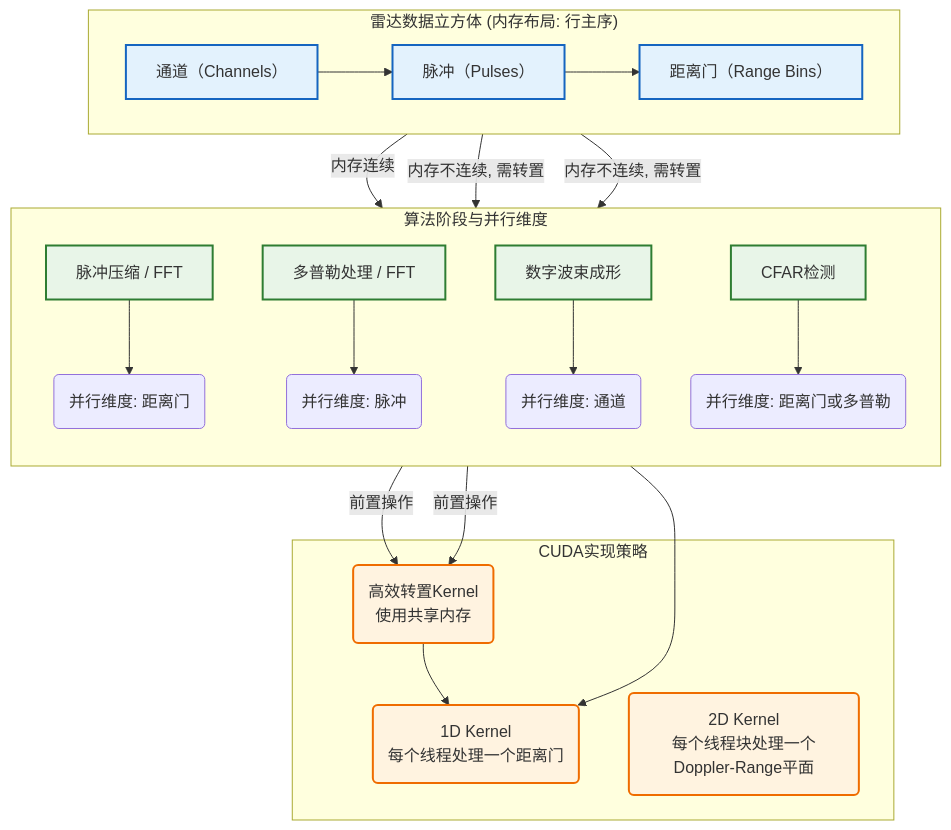
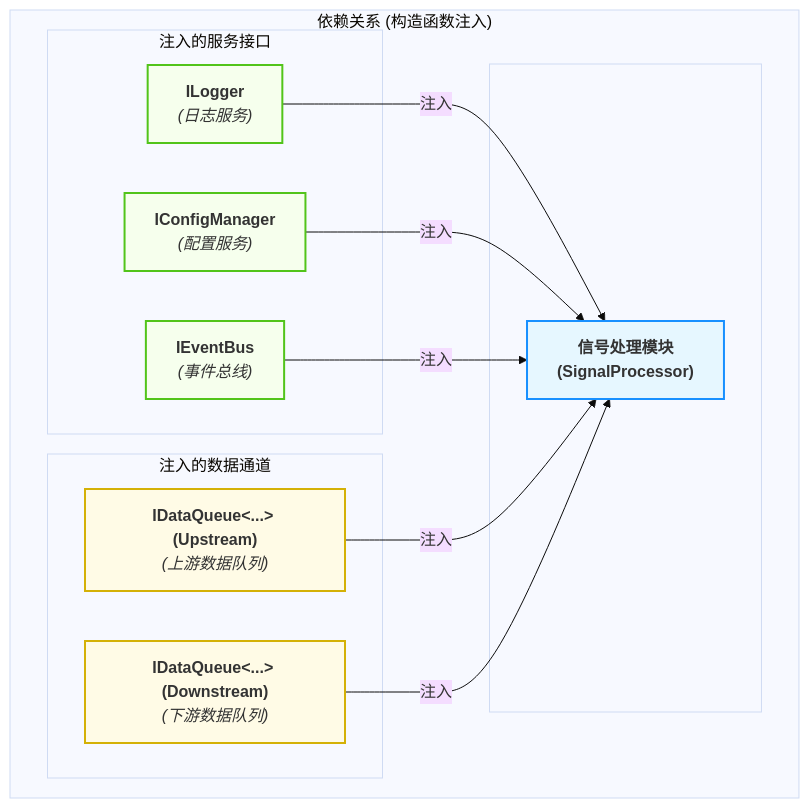
Before and after one commit to wendizhou99-cell/Radar: the tenth of 11 diagrams in docs/01_项目设计/02_模块设计/02_信号处理模块设计.md, drawn with Mermaid. The commit also changed other lines of this file and 26 other files, not shown here.

First line of the commit message:
docs: 完成数据架构文档系列重构和Mermaid可视化指南增强

````diff
--- a/docs/01_项目设计/02_模块设计/02_信号处理模块设计.md
+++ b/docs/01_项目设计/02_模块设计/02_信号处理模块设计.md
@@ -897,39 +927,43 @@
 ```mermaid
+---
+config:
+  theme: base
+  flowchart:
+    curve: basis
+---
 graph TD
-    subgraph "雷达数据立方体 (内存布局: 行主序)"
+    subgraph "依赖关系 (构造函数注入)"
         direction LR
-        D_CHAN[通道（Channels）] --> D_PULSE[脉冲（Pulses）] --> D_RANGE[距离门（Range Bins）]
+
+        subgraph "注入的服务接口"
+            A["<b>ILogger</b><br/><i>(日志服务)</i>"]
+            B["<b>IConfigManager</b><br/><i>(配置服务)</i>"]
+            C["<b>IEventBus</b><br/><i>(事件总线)</i>"]
+        end
+
+        subgraph "注入的数据通道"
+            D["<b>IDataQueue&lt;...&gt; (Upstream)</b><br/><i>(上游数据队列)</i>"]
+            E["<b>IDataQueue&lt;...&gt; (Downstream)</b><br/><i>(下游数据队列)</i>"]
+        end
+
+        subgraph " "
+            M["<b>信号处理模块<br/>(SignalProcessor)</b>"]
+        end
     end
 
-    subgraph "算法阶段与并行维度"
-        direction TB
-        A_PULSE_COMP[脉冲压缩 / FFT] --> P_RANGE_BIN(并行维度: 距离门)
-        A_DOPPLER_FFT[多普勒处理 / FFT] --> P_PULSE(并行维度: 脉冲)
-        A_BEAMFORMING[数字波束成形] --> P_CHANNEL(并行维度: 通道)
-        A_CFAR[CFAR检测] --> P_RANGE_DOPPLER(并行维度: 距离门或多普勒)
-    end
+    A -- "注入" --> M
+    B -- "注入" --> M
+    C -- "注入" --> M
+    D -- "注入" --> M
+    E -- "注入" --> M
 
-    subgraph "CUDA实现策略"
-        S_KERNEL_1D(1D Kernel<br/>每个线程处理一个距离门)
-        S_KERNEL_2D(2D Kernel<br/>每个线程块处理一个Doppler-Range平面)
-        S_TRANSPOSE(高效转置Kernel<br/>使用共享内存)
-    end
+    %% --- 标准 classDef 模板 ---
+    classDef service fill:#f6ffed,stroke:#52c41a,stroke-width:2px
+    classDef data fill:#fffbe6,stroke:#d4b106,stroke-width:2px
+    classDef module fill:#e6f7ff,stroke:#1890ff,stroke-width:2px
 
-    D_RANGE -- "内存连续" --> A_PULSE_COMP
-    A_PULSE_COMP --> S_KERNEL_1D
-
-    D_PULSE -- "内存不连续, 需转置" --> A_DOPPLER_FFT
-    A_DOPPLER_FFT -- "前置操作" --> S_TRANSPOSE
-    S_TRANSPOSE --> S_KERNEL_1D
-
-    D_CHAN -- "内存不连续, 需转置" --> A_BEAMFORMING
-    A_BEAMFORMING -- "前置操作" --> S_TRANSPOSE
-
-    classDef data fill:#e3f2fd,stroke:#1565c0,stroke-width:2px
-    classDef algo fill:#e8f5e8,stroke:#2e7d32,stroke-width:2px
-    classDef cuda fill:#fff3e0,stroke:#ef6c00,stroke-width:2px
-
-    class D_CHAN,D_PULSE,D_RANGE data
-    class A_PULSE_COMP,A_DOPPLER_FFT,A_BEAMFORMING,A_CFAR algo
-    class S_KERNEL_1D,S_KERNEL_2D,S_TRANSPOSE cuda
+    %% --- 样式应用 ---
+    class A,B,C service
+    class D,E data
+    class M module
 ```
````
